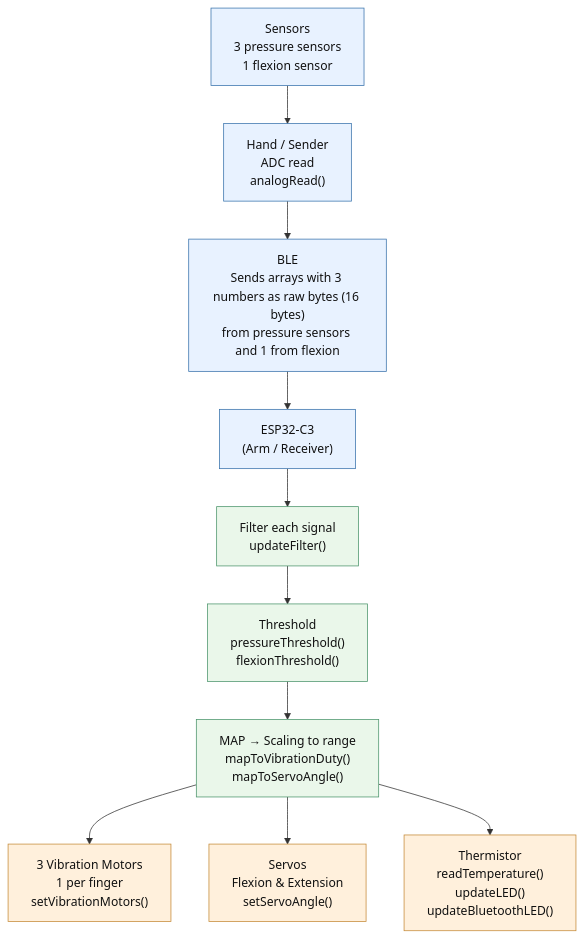
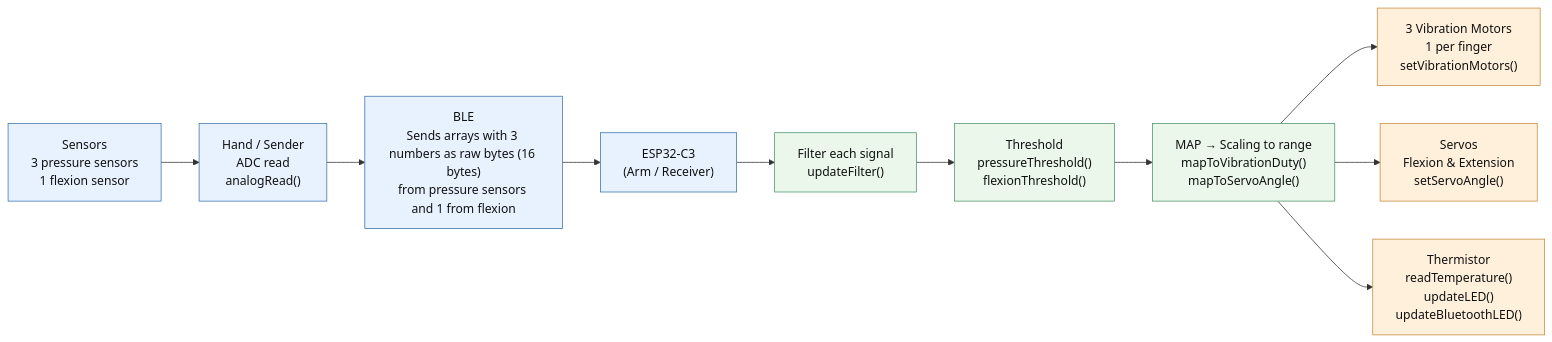
One commit to N-Pulse/Haptics-2026 changed the second of 2 diagrams in SDR/DSD_Haptics-01.md. Above: the diagram before and after it, drawn with Mermaid.

````diff
--- a/SDR/DSD_Haptics-01.md
+++ b/SDR/DSD_Haptics-01.md
@@ -259,31 +259,31 @@
 ```mermaid
-flowchart TD
+flowchart LR
     A["Sensors<br/>3 pressure sensors<br/>1 flexion sensor"]
     B["Hand / Sender<br/>ADC read<br/>analogRead()"]
     C["BLE<br/>Sends arrays with 3 numbers as raw bytes (16 bytes)<br/>from pressure sensors and 1 from flexion"]
     D["ESP32-C3<br/>(Arm / Receiver)"]
     E["Filter each signal<br/>updateFilter()"]
     F["Threshold<br/>pressureThreshold()<br/>flexionThreshold()"]
     G["MAP → Scaling to range<br/>mapToVibrationDuty()<br/>mapToServoAngle()"]
     H["3 Vibration Motors<br/>1 per finger<br/>setVibrationMotors()"]
     I["Servos<br/>Flexion & Extension<br/>setServoAngle()"]
     J["Thermistor<br/>readTemperature()<br/>updateLED()<br/>updateBluetoothLED()"]
 
     A --> B
     B --> C
     C --> D
     D --> E
     E --> F
     F --> G
     G --> H
     G --> I
     G --> J
 
     classDef sensors fill:#e8f2ff,stroke:#3973ac,color:#111;
     classDef processing fill:#eaf7ea,stroke:#4c956c,color:#111;
     classDef output fill:#fff0dc,stroke:#c58b39,color:#111;
 
     class A,B,C,D sensors;
     class E,F,G processing;
     class H,I,J output;
 ```
````
